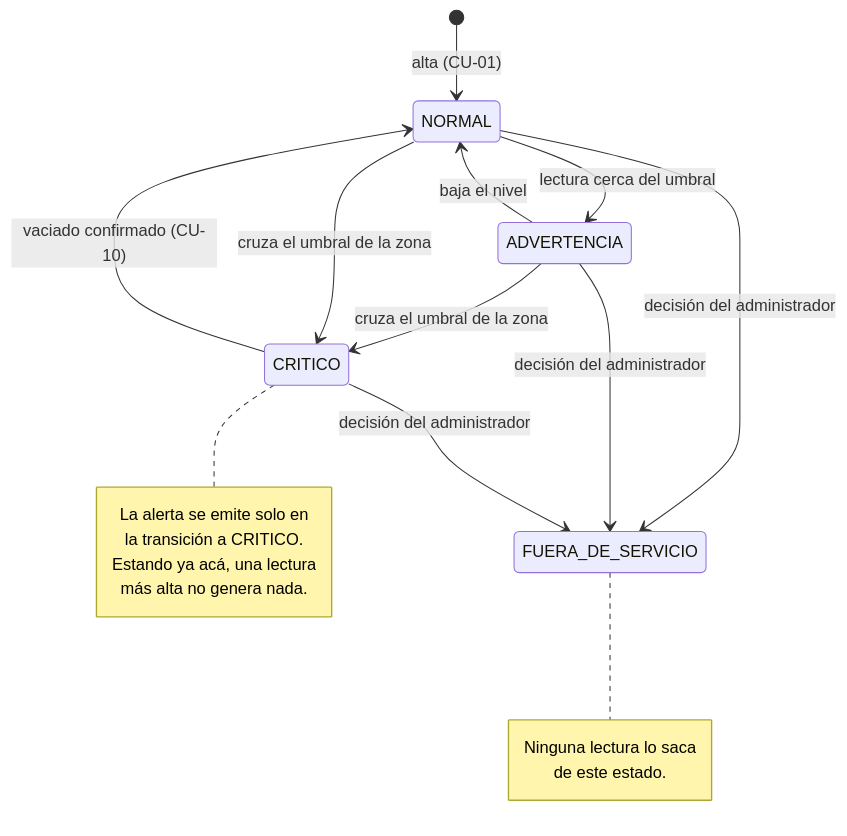
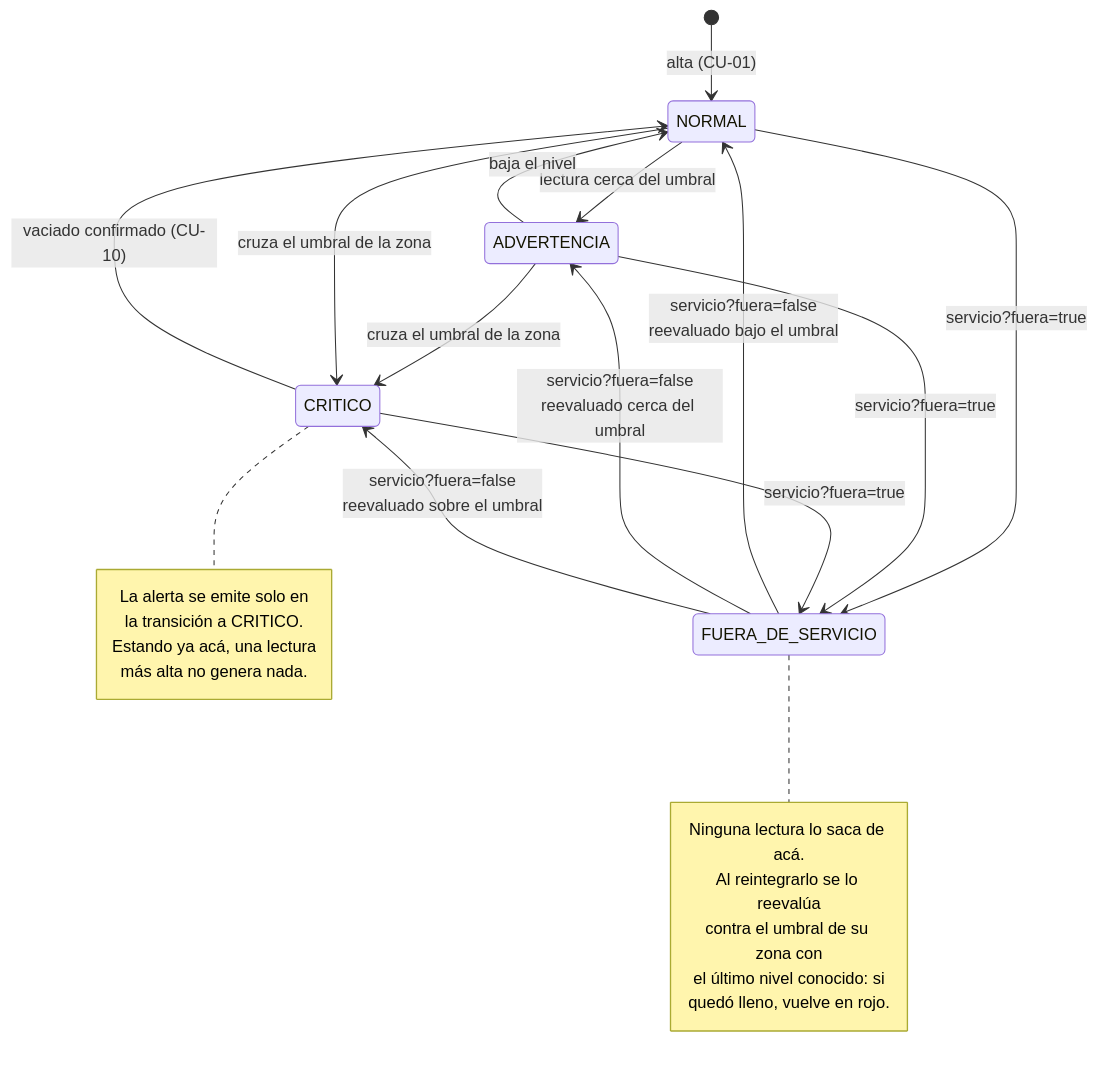
The seventh of 10 diagrams in docs/arquitectura/diagramas.md (ResiduosCityPass/citypass-residuos), drawn with Mermaid before and after one commit. The commit also changed other lines of this file and 23 other files, not shown here.

First line of the commit message:
feat(CU-01,CU-08,CU-10): fuera de servicio, avance de ruta y omitir parada

````diff
--- a/docs/arquitectura/diagramas.md
+++ b/docs/arquitectura/diagramas.md
@@ -401,26 +401,33 @@
 ```mermaid
 stateDiagram-v2
     [*] --> NORMAL: alta (CU-01)
 
     NORMAL --> ADVERTENCIA: lectura cerca del umbral
     ADVERTENCIA --> NORMAL: baja el nivel
     ADVERTENCIA --> CRITICO: cruza el umbral de la zona
     NORMAL --> CRITICO: cruza el umbral de la zona
     CRITICO --> NORMAL: vaciado confirmado (CU-10)
 
-    NORMAL --> FUERA_DE_SERVICIO: decisión del administrador
-    ADVERTENCIA --> FUERA_DE_SERVICIO: decisión del administrador
-    CRITICO --> FUERA_DE_SERVICIO: decisión del administrador
+    NORMAL --> FUERA_DE_SERVICIO: servicio?fuera=true
+    ADVERTENCIA --> FUERA_DE_SERVICIO: servicio?fuera=true
+    CRITICO --> FUERA_DE_SERVICIO: servicio?fuera=true
+
+    FUERA_DE_SERVICIO --> NORMAL: servicio?fuera=false<br/>reevaluado bajo el umbral
+    FUERA_DE_SERVICIO --> ADVERTENCIA: servicio?fuera=false<br/>reevaluado cerca del umbral
+    FUERA_DE_SERVICIO --> CRITICO: servicio?fuera=false<br/>reevaluado sobre el umbral
 
     note right of CRITICO
         La alerta se emite solo en
         la transición a CRITICO.
         Estando ya acá, una lectura
         más alta no genera nada.
     end note
 
     note right of FUERA_DE_SERVICIO
-        Ninguna lectura lo saca
-        de este estado.
+        Ninguna lectura lo saca de acá.
+        Al reintegrarlo se lo reevalúa
+        contra el umbral de su zona con
+        el último nivel conocido: si
+        quedó lleno, vuelve en rojo.
     end note
 ```
````
